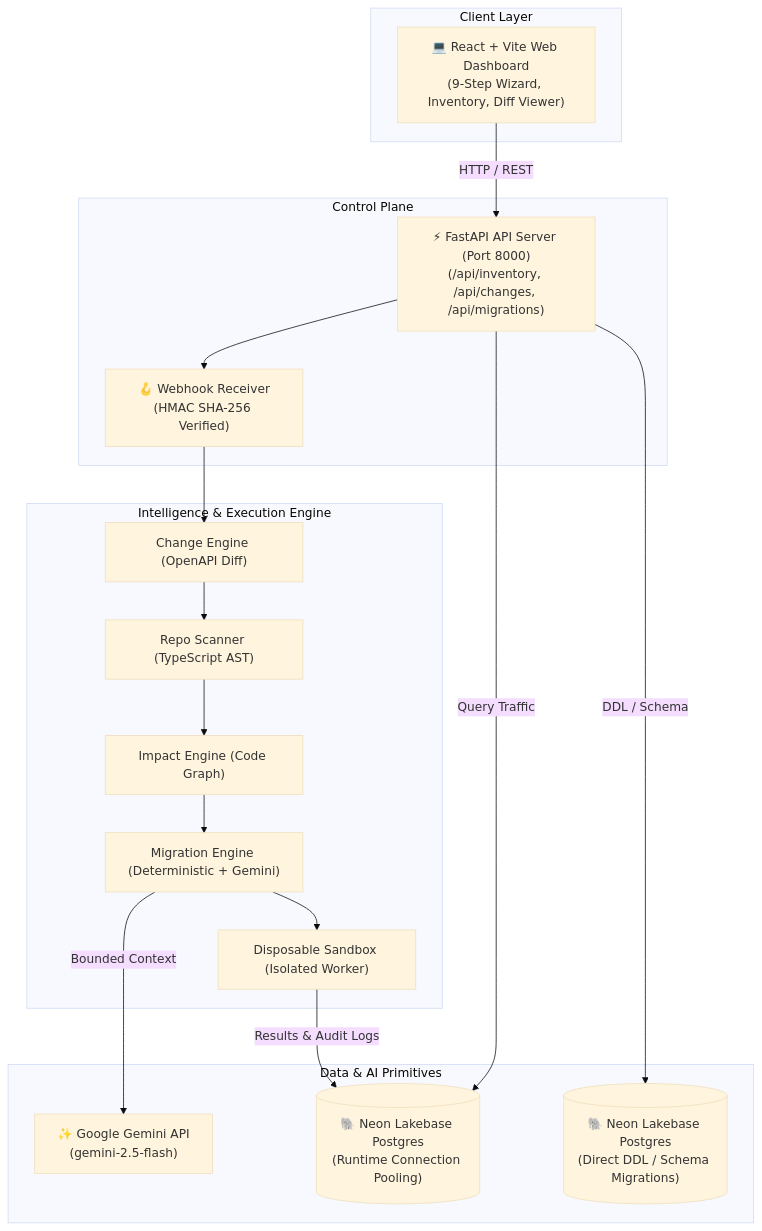
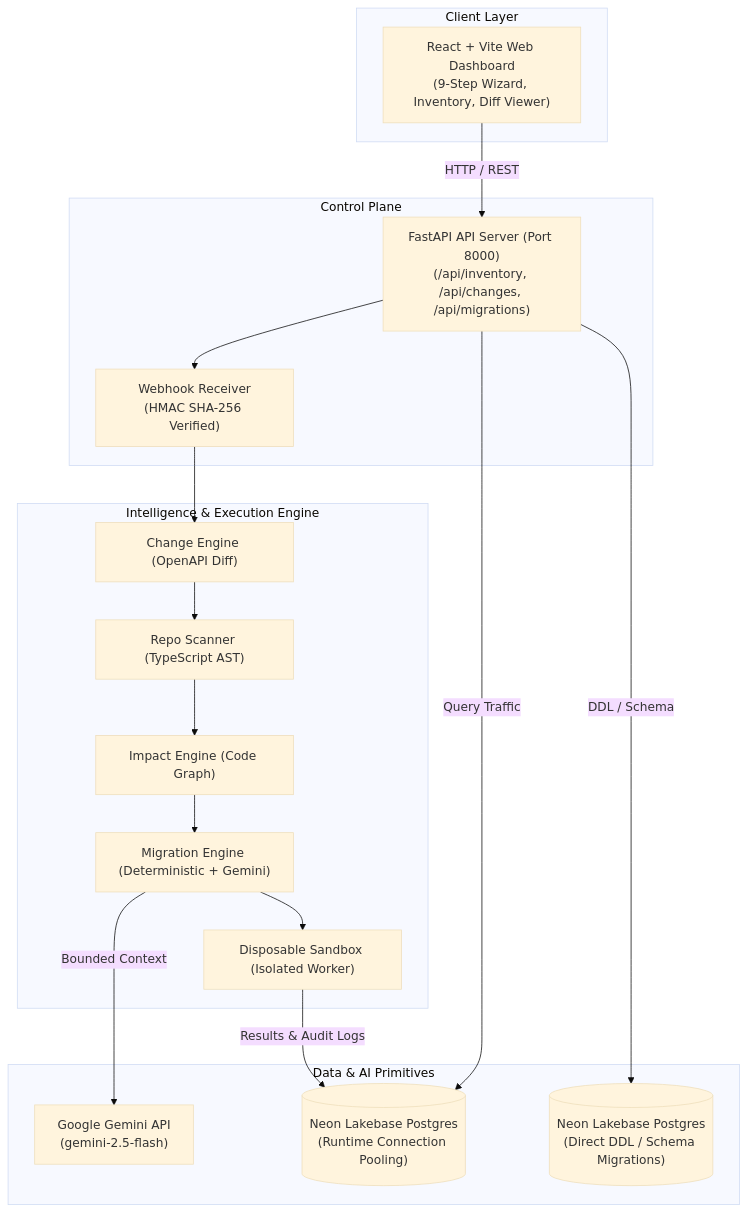
Before and after one commit to rizzzabh-06/self-maintaining-apis: the second of 2 diagrams in README.md, drawn with Mermaid (base theme). The commit also changed other lines of this file, not shown here.

````diff
--- a/README.md
+++ b/README.md
@@ -46,37 +46,37 @@
 ```mermaid
 graph TB
     subgraph Client Layer
-        WebUI["💻 React + Vite Web Dashboard\n(9-Step Wizard, Inventory, Diff Viewer)"]
+        WebUI["React + Vite Web Dashboard\n(9-Step Wizard, Inventory, Diff Viewer)"]
     end
 
     subgraph Control Plane
-        FastAPI["⚡ FastAPI API Server (Port 8000)\n(/api/inventory, /api/changes, /api/migrations)"]
-        WebhookHandler["🪝 Webhook Receiver\n(HMAC SHA-256 Verified)"]
+        FastAPI["FastAPI API Server (Port 8000)\n(/api/inventory, /api/changes, /api/migrations)"]
+        WebhookHandler["Webhook Receiver\n(HMAC SHA-256 Verified)"]
     end
 
     subgraph Intelligence & Execution Engine
         ChangeEngine["Change Engine (OpenAPI Diff)"]
         Scanner["Repo Scanner (TypeScript AST)"]
         ImpactEngine["Impact Engine (Code Graph)"]
         MigrationEngine["Migration Engine (Deterministic + Gemini)"]
         Sandbox["Disposable Sandbox (Isolated Worker)"]
     end
 
     subgraph Data & AI Primitives
-        NeonPooled[("🐘 Neon Lakebase Postgres\n(Runtime Connection Pooling)")]
-        NeonDirect[("🐘 Neon Lakebase Postgres\n(Direct DDL / Schema Migrations)")]
-        GeminiAPI["✨ Google Gemini API\n(gemini-2.5-flash)"]
+        NeonPooled[("Neon Lakebase Postgres\n(Runtime Connection Pooling)")]
+        NeonDirect[("Neon Lakebase Postgres\n(Direct DDL / Schema Migrations)")]
+        GeminiAPI["Google Gemini API\n(gemini-2.5-flash)"]
     end
 
     WebUI -->|HTTP / REST| FastAPI
     FastAPI --> WebhookHandler
     WebhookHandler --> ChangeEngine
     ChangeEngine --> Scanner
     Scanner --> ImpactEngine
     ImpactEngine --> MigrationEngine
     MigrationEngine -->|Bounded Context| GeminiAPI
     MigrationEngine --> Sandbox
     FastAPI -->|Query Traffic| NeonPooled
     FastAPI -->|DDL / Schema| NeonDirect
     Sandbox -->|Results & Audit Logs| NeonPooled
 ```
````
